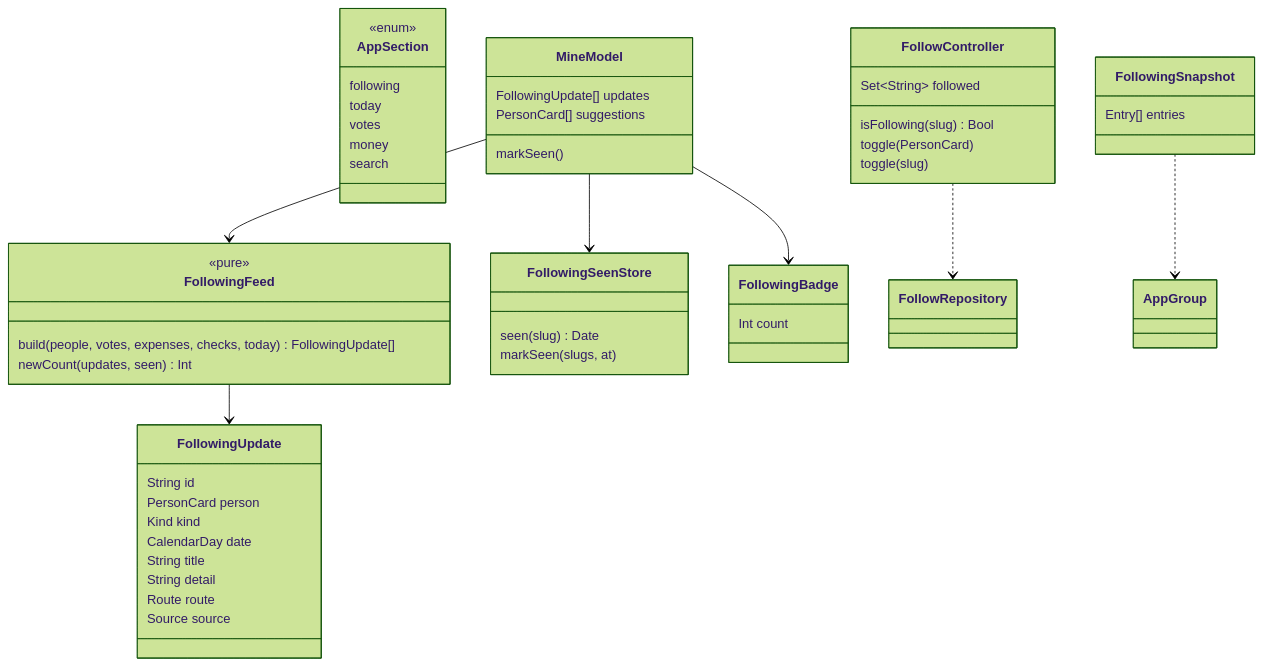
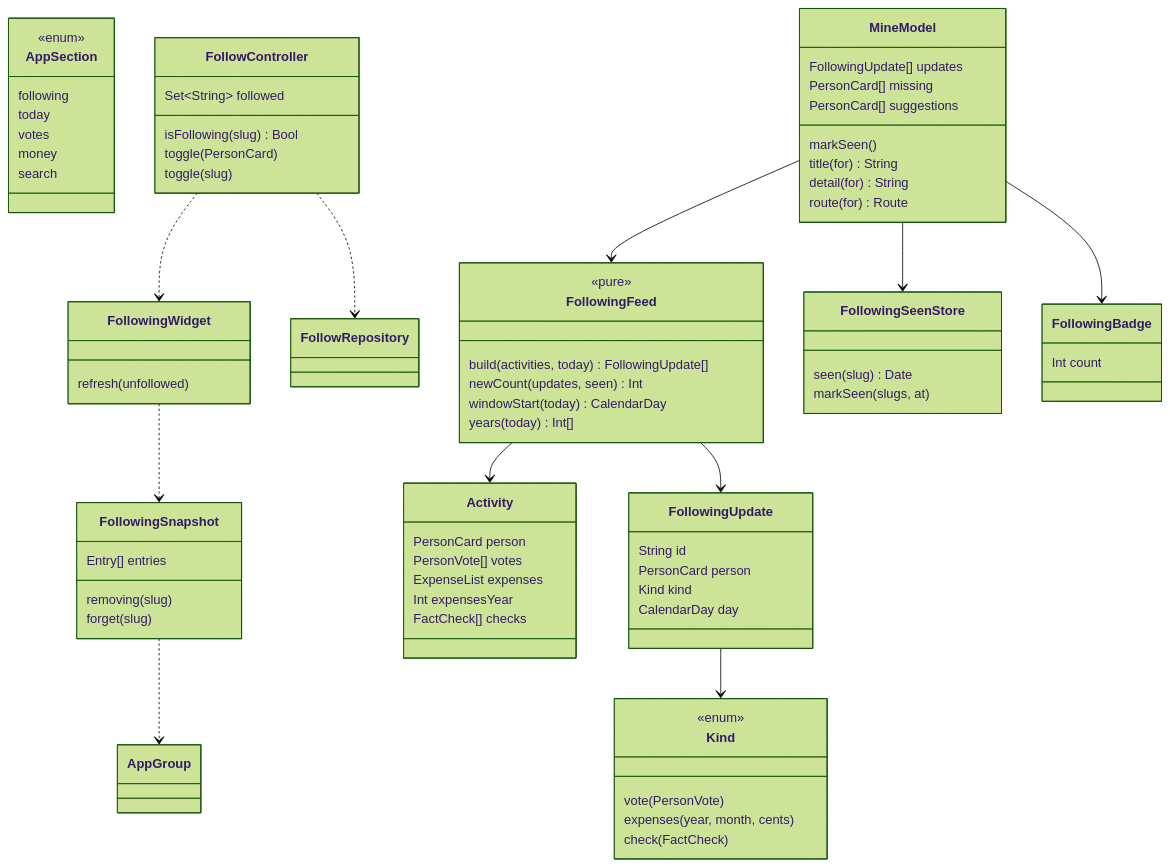
One commit to byescaleira/fiscal changed the diagram in spdd/prompt/FSC-009-202610312200-[Feat]-following-tab-and-follow-everywhere.md. Above: the diagram before and after it, drawn with Mermaid (forest theme). The commit also changed other lines of this file, not shown here.

````diff
--- a/spdd/prompt/FSC-009-202610312200-[Feat]-following-tab-and-follow-everywhere.md
+++ b/spdd/prompt/FSC-009-202610312200-[Feat]-following-tab-and-follow-everywhere.md
@@ -47,53 +47,77 @@
 ```mermaid
 classDiagram
   class AppSection {
     <<enum>>
     following
     today
     votes
     money
     search
   }
   class FollowingUpdate {
     String id
     PersonCard person
     Kind kind
-    CalendarDay date
-    String title
-    String detail
-    Route route
-    Source source
+    CalendarDay day
+  }
+  class Kind {
+    <<enum>>
+    vote(PersonVote)
+    expenses(year, month, cents)
+    check(FactCheck)
   }
   class FollowingFeed {
     <<pure>>
-    build(people, votes, expenses, checks, today) FollowingUpdate[]
+    build(activities, today) FollowingUpdate[]
     newCount(updates, seen) Int
+    windowStart(today) CalendarDay
+    years(today) Int[]
+  }
+  class Activity {
+    PersonCard person
+    PersonVote[] votes
+    ExpenseList expenses
+    Int expensesYear
+    FactCheck[] checks
   }
   class FollowingSeenStore {
     seen(slug) Date
     markSeen(slugs, at)
   }
   class FollowController {
     Set~String~ followed
     isFollowing(slug) Bool
     toggle(PersonCard)
     toggle(slug)
   }
+  class FollowingWidget {
+    refresh(unfollowed)
+  }
   class FollowingBadge {
     Int count
   }
   class FollowingSnapshot {
     Entry[] entries
+    removing(slug)
+    forget(slug)
   }
   class MineModel {
     FollowingUpdate[] updates
+    PersonCard[] missing
     PersonCard[] suggestions
     markSeen()
+    title(for) String
+    detail(for) String
+    route(for) Route
   }
+  FollowingUpdate --> Kind
+  FollowingFeed --> Activity
   FollowingFeed --> FollowingUpdate
+  FollowController ..> FollowingWidget
+  FollowingWidget ..> FollowingSnapshot
   MineModel --> FollowingFeed
   MineModel --> FollowingSeenStore
   MineModel --> FollowingBadge
   FollowController ..> FollowRepository
   FollowingSnapshot ..> AppGroup
 ```
````
